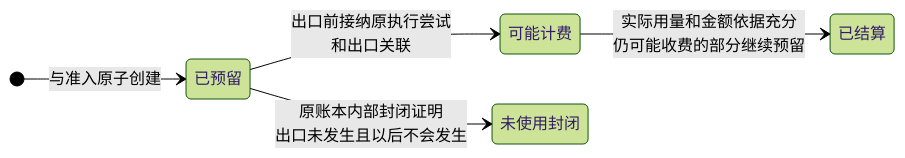
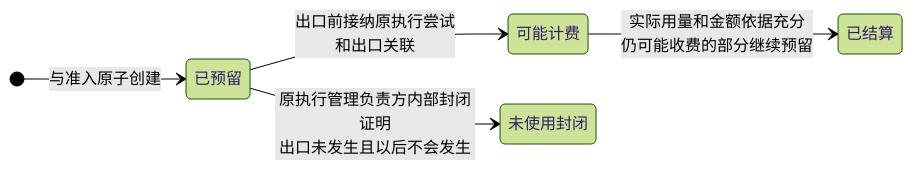
The diagram in docs/architecture/core/budget/README.md (ruipengliu/lerna), drawn with Mermaid (forest theme) before and after one commit. The commit also changed other lines of this file and 48 other files, not shown here.

Commit message:
docs: clarify architecture contracts and diagrams

````diff
--- a/docs/architecture/core/budget/README.md
+++ b/docs/architecture/core/budget/README.md
@@ -130,12 +132,12 @@
 ```mermaid
 stateDiagram-v2
     direction LR
     state "已预留" as Reserved
     state "可能计费" as Billable
     state "未使用封闭" as Unused
     state "已结算" as Settled
     [*] --> Reserved: 与准入原子创建
     Reserved --> Billable: 出口前接纳原执行尝试<br/>和出口关联
-    Reserved --> Unused: 原账本内部封闭证明<br/>出口未发生且以后不会发生
+    Reserved --> Unused: 原执行管理负责方内部封闭证明<br/>出口未发生且以后不会发生
     Billable --> Settled: 实际用量和金额依据充分<br/>仍可能收费的部分继续预留
 ```
````
